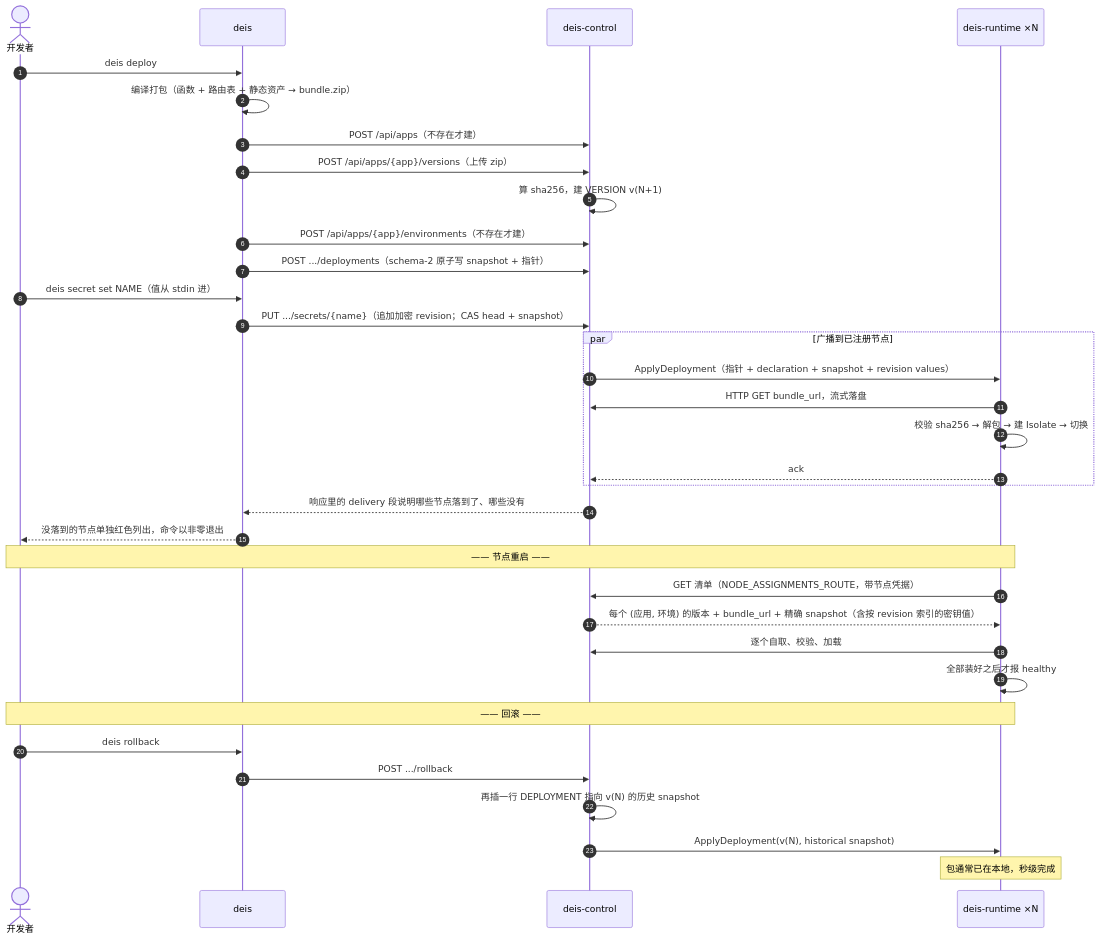
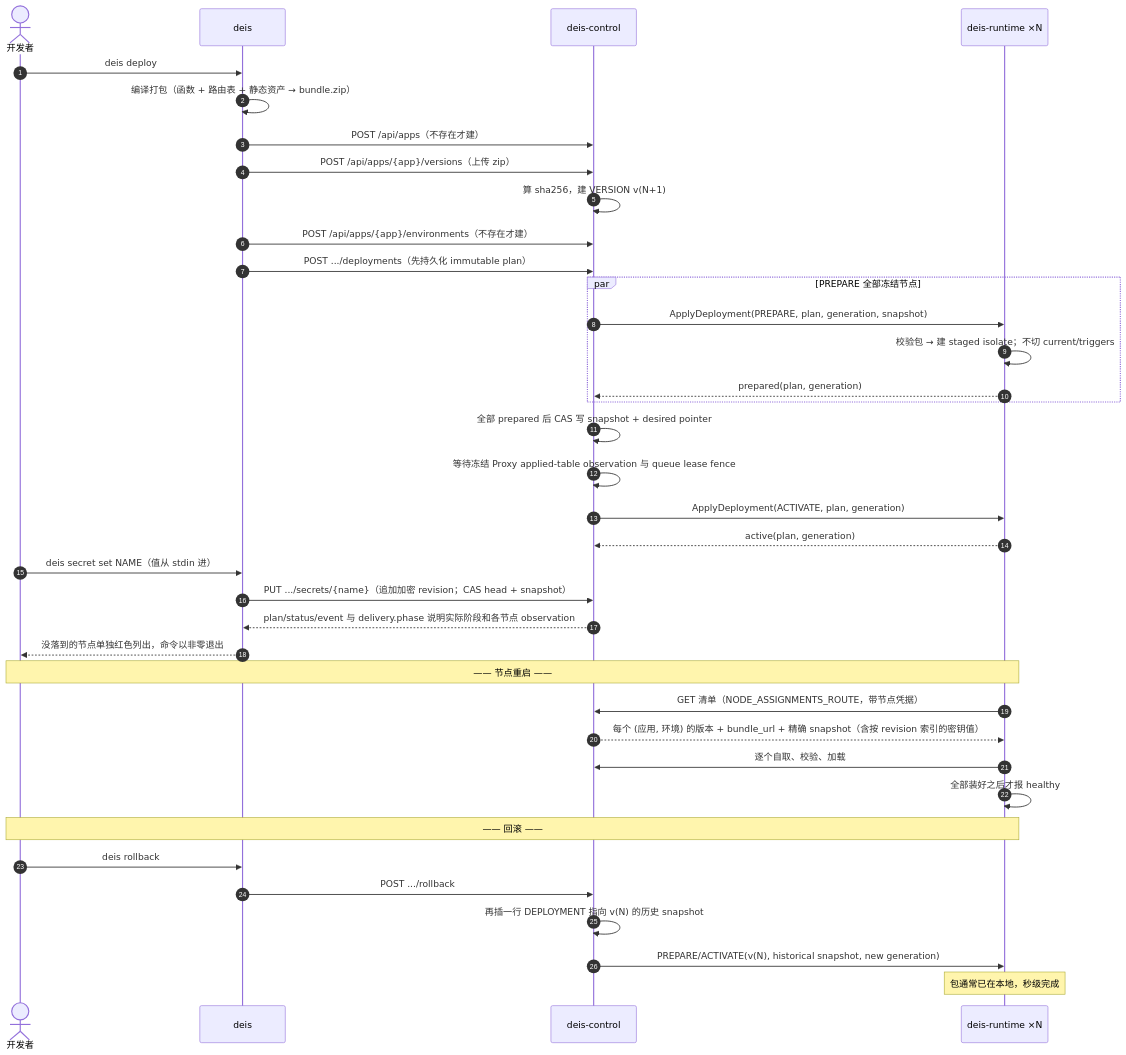
One commit to deislet/deislet changed the third of 6 diagrams in docs/architecture.zh.md. Above: the diagram before and after it, drawn with Mermaid. The commit also changed other lines of this file and 49 other files, not shown here.

````diff
--- a/docs/architecture.zh.md
+++ b/docs/architecture.zh.md
@@ -235,40 +235,43 @@
 ```mermaid
 sequenceDiagram
     autonumber
     actor Dev as 开发者
     participant CLI as deis
     participant R as deis-control
     participant X as deis-runtime ×N
 
     Dev->>CLI: deis deploy
     CLI->>CLI: 编译打包（函数 + 路由表 + 静态资产 → bundle.zip）
     CLI->>R: POST /api/apps（不存在才建）
     CLI->>R: POST /api/apps/{app}/versions（上传 zip）
     R->>R: 算 sha256，建 VERSION v(N+1)
     CLI->>R: POST /api/apps/{app}/environments（不存在才建）
-    CLI->>R: POST .../deployments（schema-2 原子写 snapshot + 指针）
+    CLI->>R: POST .../deployments（先持久化 immutable plan）
+    par PREPARE 全部冻结节点
+        R->>X: ApplyDeployment(PREPARE, plan, generation, snapshot)
+        X->>X: 校验包 → 建 staged isolate；不切 current/triggers
+        X-->>R: prepared(plan, generation)
+    end
+    R->>R: 全部 prepared 后 CAS 写 snapshot + desired pointer
+    R->>R: 等待冻结 Proxy applied-table observation 与 queue lease fence
+    R->>X: ApplyDeployment(ACTIVATE, plan, generation)
+    X-->>R: active(plan, generation)
     Dev->>CLI: deis secret set NAME（值从 stdin 进）
     CLI->>R: PUT .../secrets/{name}（追加加密 revision；CAS head + snapshot）
 
-    par 广播到已注册节点
-        R->>X: ApplyDeployment（指针 + declaration + snapshot + revision values）
-        X->>R: HTTP GET bundle_url，流式落盘
-        X->>X: 校验 sha256 → 解包 → 建 Isolate → 切换
-        X-->>R: ack
-    end
-    R-->>CLI: 响应里的 delivery 段说明哪些节点落到了、哪些没有
+    R-->>CLI: plan/status/event 与 delivery.phase 说明实际阶段和各节点 observation
     CLI-->>Dev: 没落到的节点单独红色列出，命令以非零退出
 
     Note over Dev,X: —— 节点重启 ——
     X->>R: GET 清单（NODE_ASSIGNMENTS_ROUTE，带节点凭据）
     R-->>X: 每个 (应用, 环境) 的版本 + bundle_url + 精确 snapshot（含按 revision 索引的密钥值）
     X->>R: 逐个自取、校验、加载
     X->>X: 全部装好之后才报 healthy
 
     Note over Dev,X: —— 回滚 ——
     Dev->>CLI: deis rollback
     CLI->>R: POST .../rollback
     R->>R: 再插一行 DEPLOYMENT 指向 v(N) 的历史 snapshot
-    R->>X: ApplyDeployment(v(N), historical snapshot)
+    R->>X: PREPARE/ACTIVATE(v(N), historical snapshot, new generation)
     Note over X: 包通常已在本地，秒级完成
 ```
````
